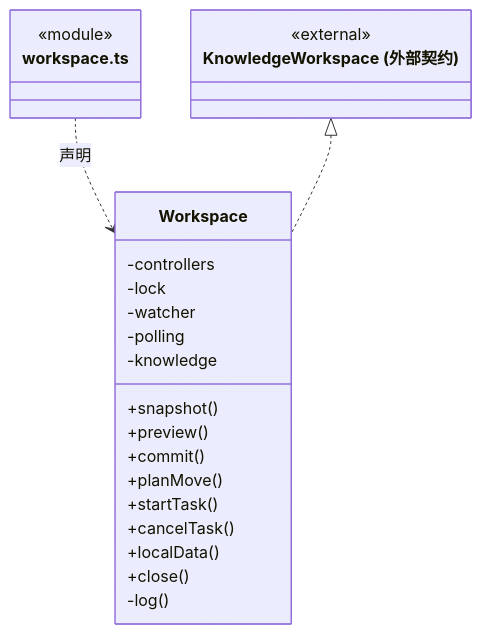
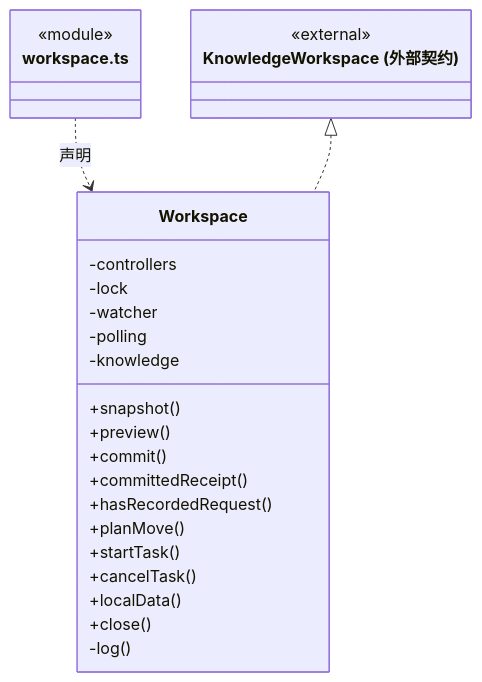
The fourth of 5 diagrams in src/backend/main/workspace/ARCHITECTURE.md (nan023062/cbim), drawn with Mermaid before and after one commit. The commit also changed other lines of this file and 49 other files, not shown here.

````diff
--- a/src/backend/main/workspace/ARCHITECTURE.md
+++ b/src/backend/main/workspace/ARCHITECTURE.md
@@ -96,27 +96,29 @@
 ```mermaid
 classDiagram
 class N_src_backend_main_workspace_workspace_ts["workspace.ts"] {
   <<module>>
 }
 class N_src_backend_main_workspace_workspace_ts_Workspace["Workspace"] {
   +snapshot()
   +preview()
   +commit()
+  +committedReceipt()
+  +hasRecordedRequest()
   +planMove()
   +startTask()
   +cancelTask()
   +localData()
   +close()
   -controllers
   -lock
   -watcher
   -polling
   -knowledge
   -log()
 }
 N_src_backend_main_workspace_workspace_ts ..> N_src_backend_main_workspace_workspace_ts_Workspace : 声明
 class N_src_backend_main_workspace_workspace_ts_external_KnowledgeWorkspace["KnowledgeWorkspace (外部契约)"] {
   <<external>>
 }
 N_src_backend_main_workspace_workspace_ts_external_KnowledgeWorkspace <|.. N_src_backend_main_workspace_workspace_ts_Workspace
 ```
````
